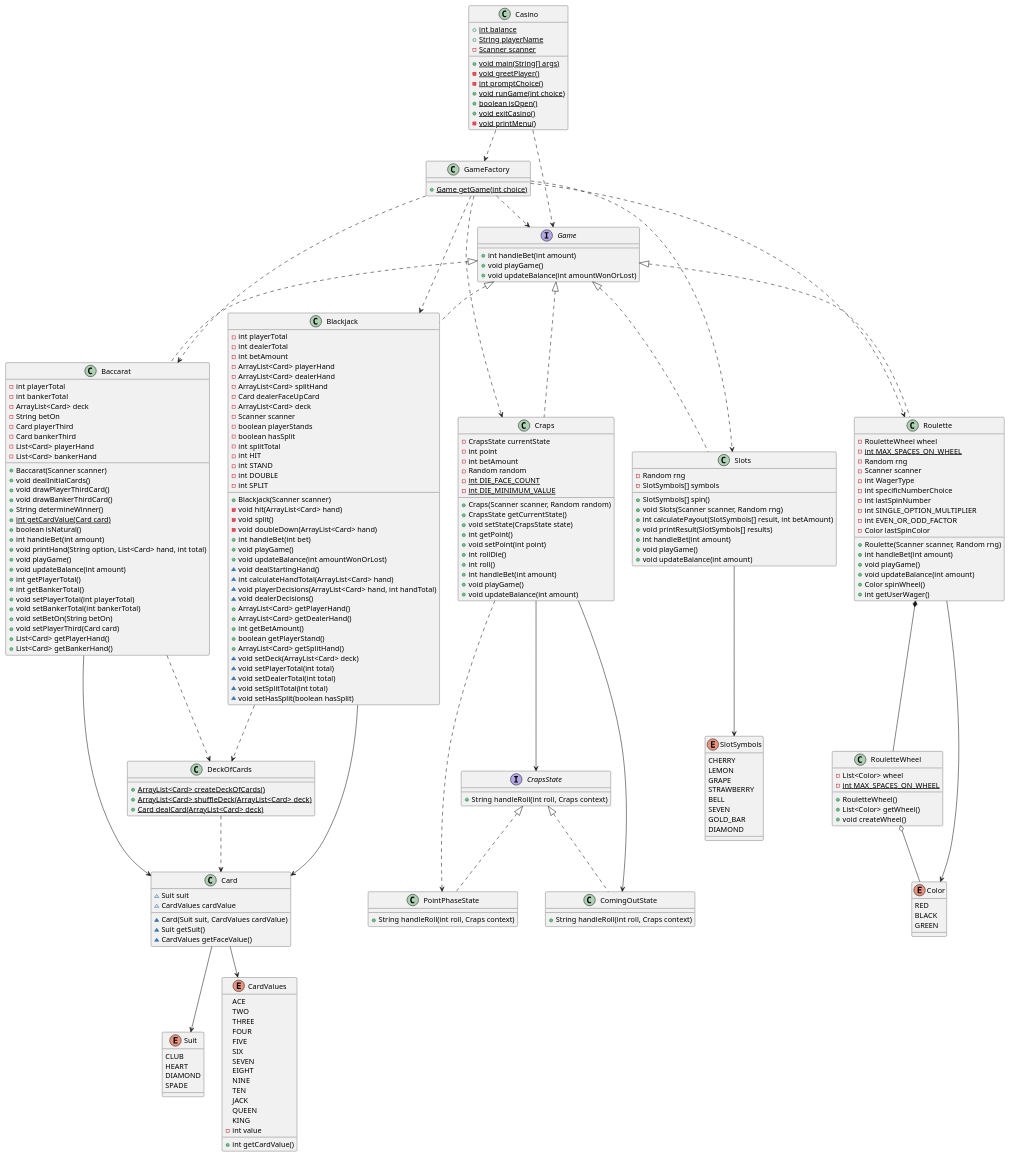
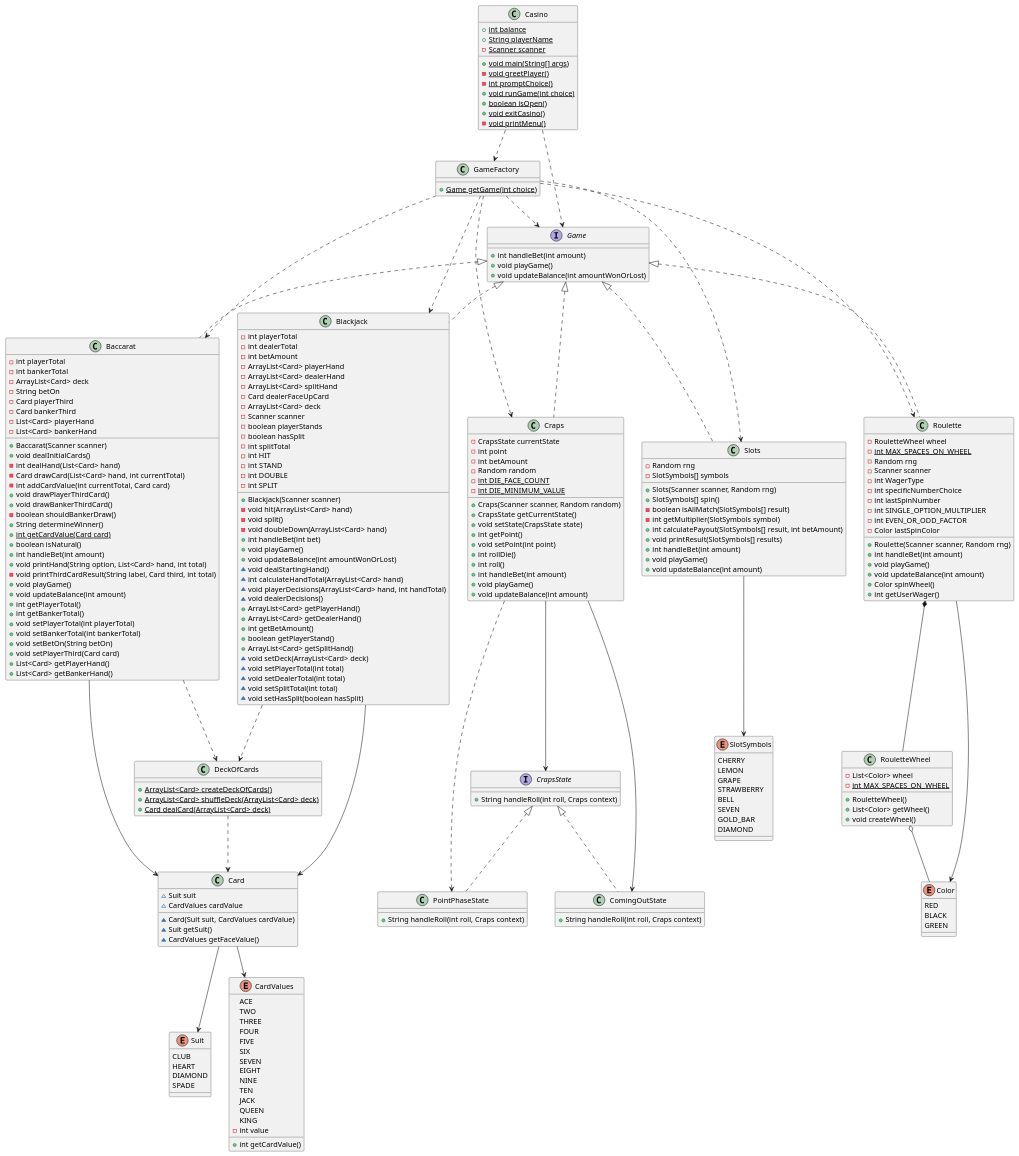
One commit to usd-comp-305/project-04-mike-brett-joey-khy changed the diagram in casinoUML.puml. Above: the diagram before and after it, drawn with PlantUML.

Commit message:
Updated UML

```diff
--- a/casinoUML.puml
+++ b/casinoUML.puml
@@ -91,13 +91,18 @@
   - List<Card> bankerHand
   + Baccarat(Scanner scanner)
   + void dealInitialCards()
+  - int dealHand(List<Card> hand)
+  - Card drawCard(List<Card> hand, int currentTotal)
+  - int addCardValue(int currentTotal, Card card)
   + void drawPlayerThirdCard()
   + void drawBankerThirdCard()
+  - boolean shouldBankerDraw()
   + String determineWinner()
   + {static} int getCardValue(Card card)
   + boolean isNatural()
   + int handleBet(int amount)
   + void printHand(String option, List<Card> hand, int total)
+  - void printThirdCardResult(String label, Card third, int total)
   + void playGame()
   + void updateBalance(int amount)
   + int getPlayerTotal()
@@ -144,8 +149,10 @@
 class Slots {
   - Random rng
   - SlotSymbols[] symbols
+  + Slots(Scanner scanner, Random rng)
   + SlotSymbols[] spin()
-  + void Slots(Scanner scanner, Random rng)
+  - boolean isAllMatch(SlotSymbols[] result)
+  - int getMultiplier(SlotSymbols symbol)
   + int calculatePayout(SlotSymbols[] result, int betAmount)
   + void printResult(SlotSymbols[] results)
   + int handleBet(int amount)
```
